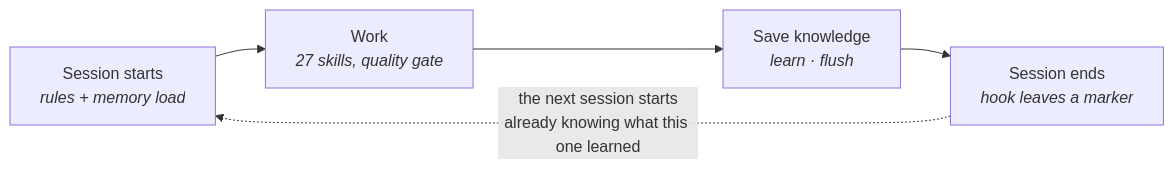
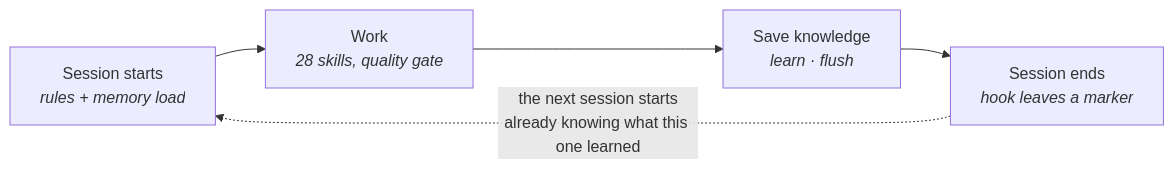
The first of 4 diagrams in SYSTEM-OVERVIEW.md (selawood-web/claude-code-generic-guide), drawn with Mermaid before and after one commit. The commit also changed other lines of this file and 10 other files, not shown here.

````diff
--- a/SYSTEM-OVERVIEW.md
+++ b/SYSTEM-OVERVIEW.md
@@ -36,7 +36,7 @@
 ```mermaid
 flowchart LR
-    A["Session starts<br/><i>rules + memory load</i>"] --> B["Work<br/><i>27 skills, quality gate</i>"]
+    A["Session starts<br/><i>rules + memory load</i>"] --> B["Work<br/><i>28 skills, quality gate</i>"]
     B --> C["Save knowledge<br/><i>learn · flush</i>"]
     C --> D["Session ends<br/><i>hook leaves a marker</i>"]
     D -. "the next session starts<br/>already knowing what this one learned" .-> A
 ```
````
